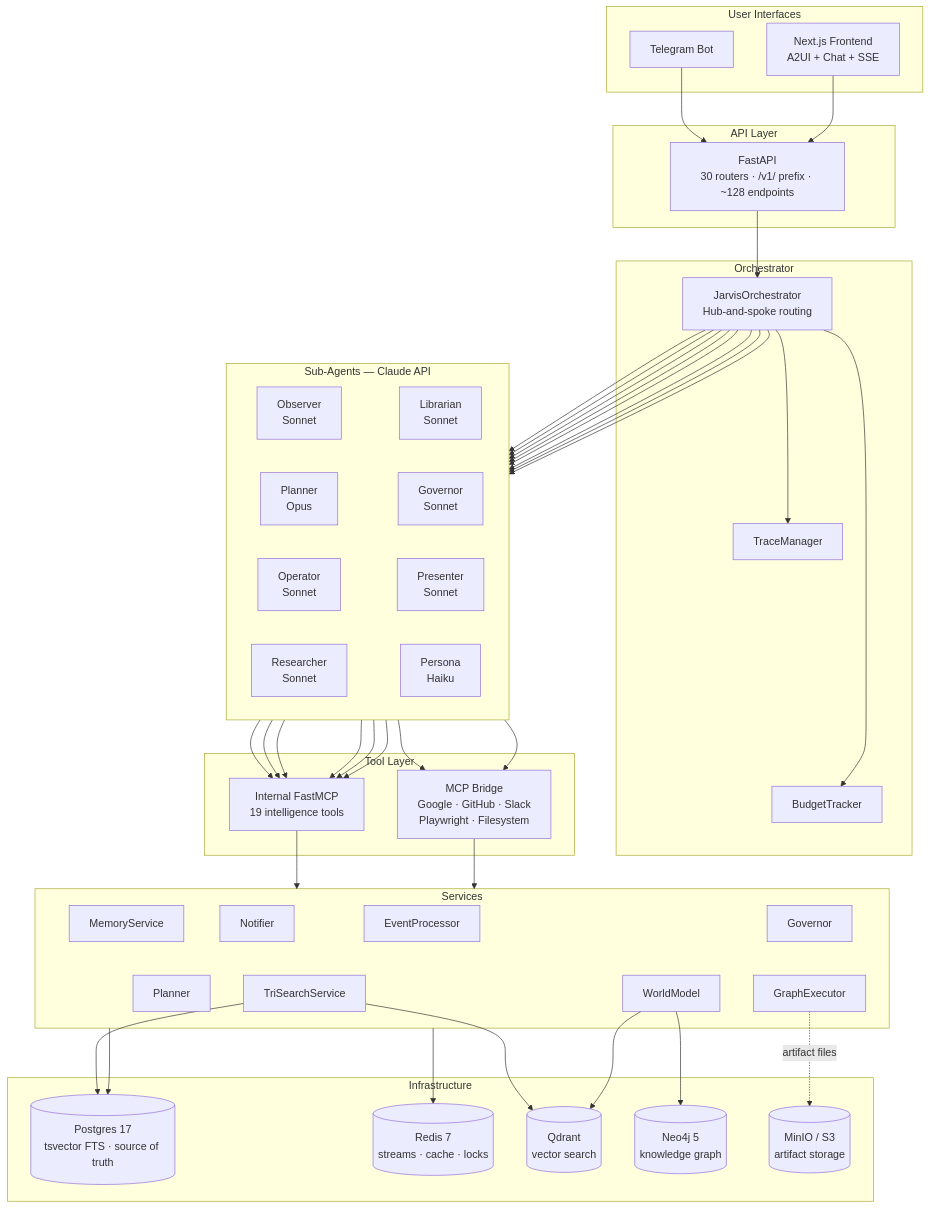
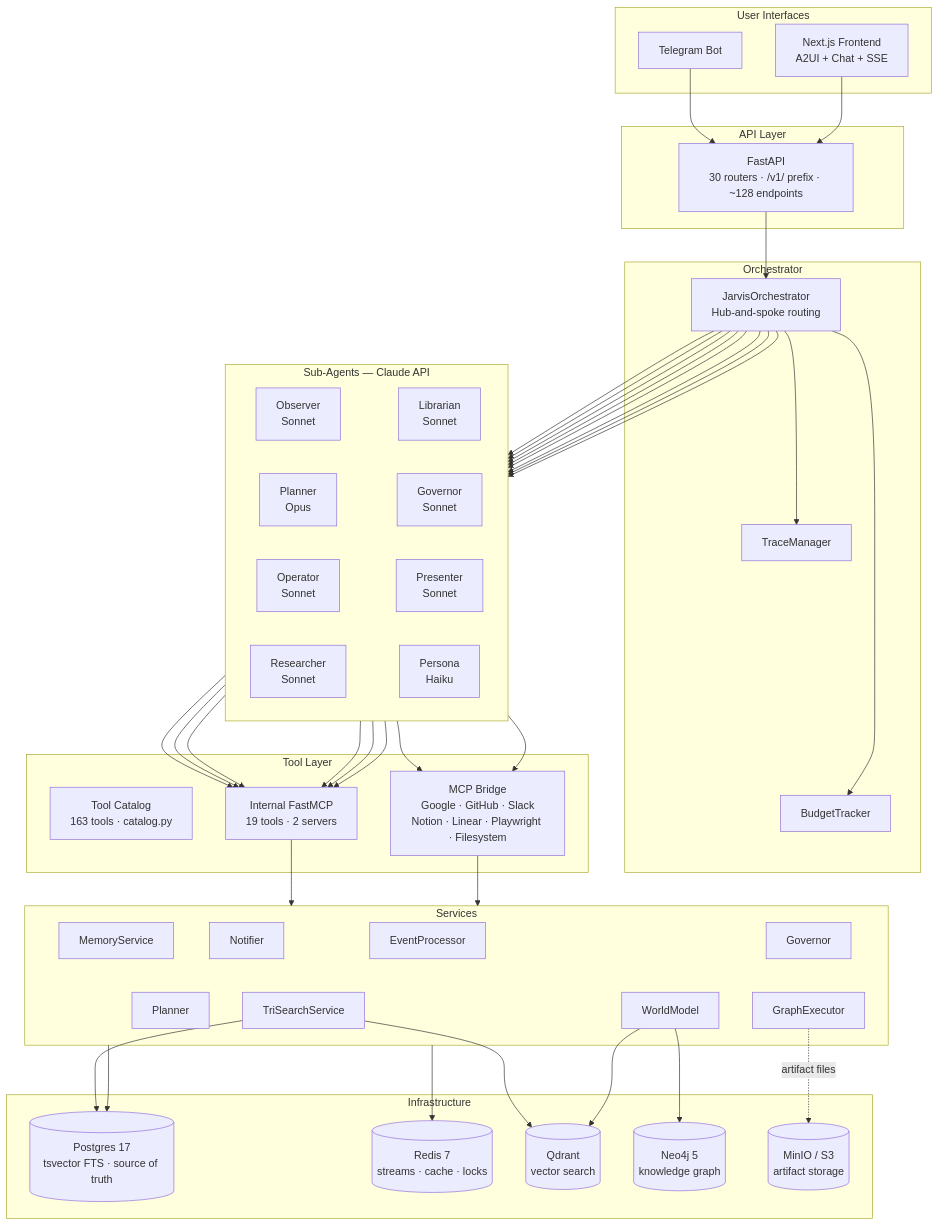
One commit to shivadharmi/muldro changed the diagram in README.md. Above: the diagram before and after it, drawn with Mermaid. The commit also changed 5 other files, not shown here.

Commit message:
docs: update architecture diagrams — unified dispatch replaces 3-tier cascade

````diff
--- a/README.md
+++ b/README.md
@@ -13,57 +13,58 @@
 ```mermaid
 graph TB
     subgraph UI["User Interfaces"]
         TG[Telegram Bot]
         WEB[Next.js Frontend<br/>A2UI + Chat + SSE]
     end
 
     subgraph API["API Layer"]
         FA[FastAPI<br/>30 routers · /v1/ prefix · ~128 endpoints]
     end
 
     subgraph ORCH["Orchestrator"]
         JO[JarvisOrchestrator<br/>Hub-and-spoke routing]
         TR[TraceManager] ~~~ BU[BudgetTracker]
     end
 
     subgraph AGENTS["Sub-Agents — Claude API"]
         direction LR
         OBS[Observer<br/>Sonnet] ~~~ LIB[Librarian<br/>Sonnet]
         PLN[Planner<br/>Opus] ~~~ GOV[Governor<br/>Sonnet]
         OPR[Operator<br/>Sonnet] ~~~ PRS[Presenter<br/>Sonnet]
         RES[Researcher<br/>Sonnet] ~~~ PER[Persona<br/>Haiku]
     end
 
     subgraph TOOLS["Tool Layer"]
-        INT[Internal FastMCP<br/>19 intelligence tools]
-        MCP[MCP Bridge<br/>Google · GitHub · Slack<br/>Playwright · Filesystem]
+        CAT[Tool Catalog<br/>163 tools · catalog.py]
+        INT[Internal FastMCP<br/>19 tools · 2 servers]
+        MCP[MCP Bridge<br/>Google · GitHub · Slack<br/>Notion · Linear · Playwright · Filesystem]
     end
 
     subgraph SVC["Services"]
         EP[EventProcessor] ~~~ WM[WorldModel]
         MS[MemoryService] ~~~ PL[Planner]
         GV[Governor] ~~~ GE[GraphExecutor]
         NT[Notifier] ~~~ TS[TriSearchService]
     end
 
     subgraph INFRA["Infrastructure"]
         PG[(Postgres 17<br/>tsvector FTS · source of truth)]
         RD[(Redis 7<br/>streams · cache · locks)]
         QD[(Qdrant<br/>vector search)]
         N4J[(Neo4j 5<br/>knowledge graph)]
         S3[(MinIO / S3<br/>artifact storage)]
     end
 
     TG & WEB --> FA
     FA --> JO
     JO --> TR & BU
     JO --> OBS & LIB & PLN & GOV & OPR & PRS & RES & PER
     OBS & LIB & PLN & GOV & OPR & PRS --> INT
     OPR & RES --> MCP
     INT --> SVC
     MCP --> SVC
     SVC --> PG & RD
     TS --> QD & PG
     WM --> N4J & QD
     GE -.->|artifact files| S3
 ```
````
